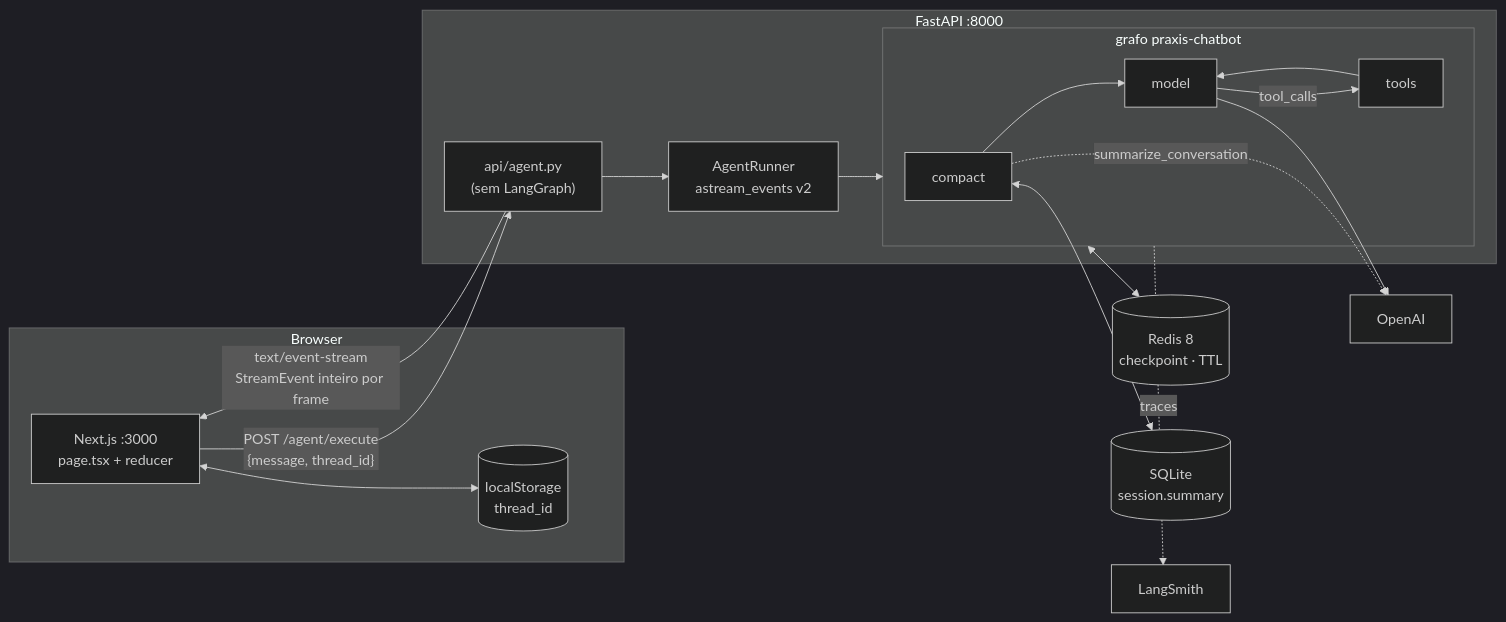
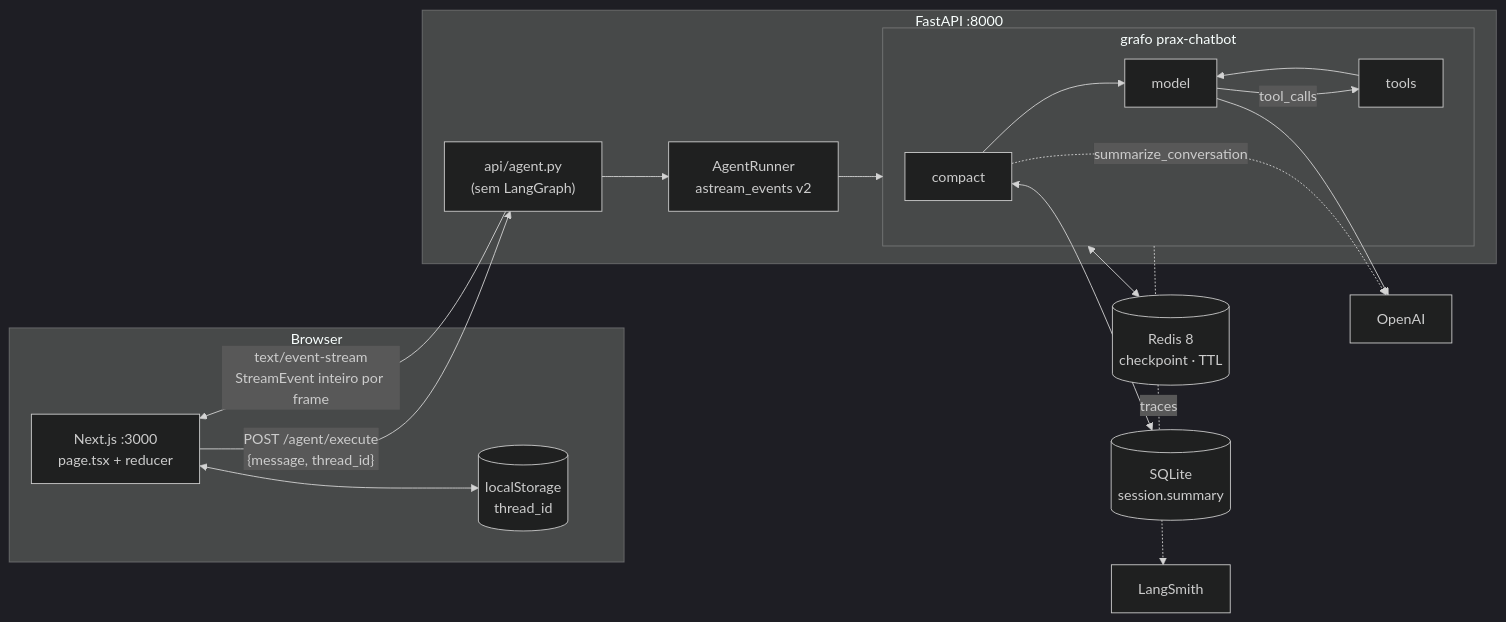
The first of 3 diagrams in README.md (jmilheiro73/prax-chatbot), drawn with Mermaid (dark theme) before and after one commit. The commit also changed other lines of this file and 15 other files, not shown here.

First line of the commit message:
chore: renomeia praxis para prax no código

````diff
--- a/README.md
+++ b/README.md
@@ -36,32 +36,32 @@
 ```mermaid
 flowchart LR
     subgraph Browser
         UI["Next.js :3000<br/>page.tsx + reducer"]
         LS[("localStorage<br/>thread_id")]
     end
 
     subgraph Backend["FastAPI :8000"]
         API["api/agent.py<br/>(sem LangGraph)"]
         RUN["AgentRunner<br/>astream_events v2"]
-        subgraph Grafo["grafo praxis-chatbot"]
+        subgraph Grafo["grafo prax-chatbot"]
             C[compact] --> M[model]
             M -- tool_calls --> T[tools]
             T --> M
         end
     end
 
     REDIS[("Redis 8<br/>checkpoint · TTL")]
     SQLITE[("SQLite<br/>session.summary")]
     OPENAI["OpenAI"]
     SMITH["LangSmith"]
 
     UI -- "POST /agent/execute<br/>{message, thread_id}" --> API
     API -- "text/event-stream<br/>StreamEvent inteiro por frame" --> UI
     UI <--> LS
     API --> RUN --> Grafo
     Grafo <--> REDIS
     C <--> SQLITE
     C -. "summarize_conversation" .-> OPENAI
     M --> OPENAI
     Grafo -. traces .-> SMITH
 ```
````
